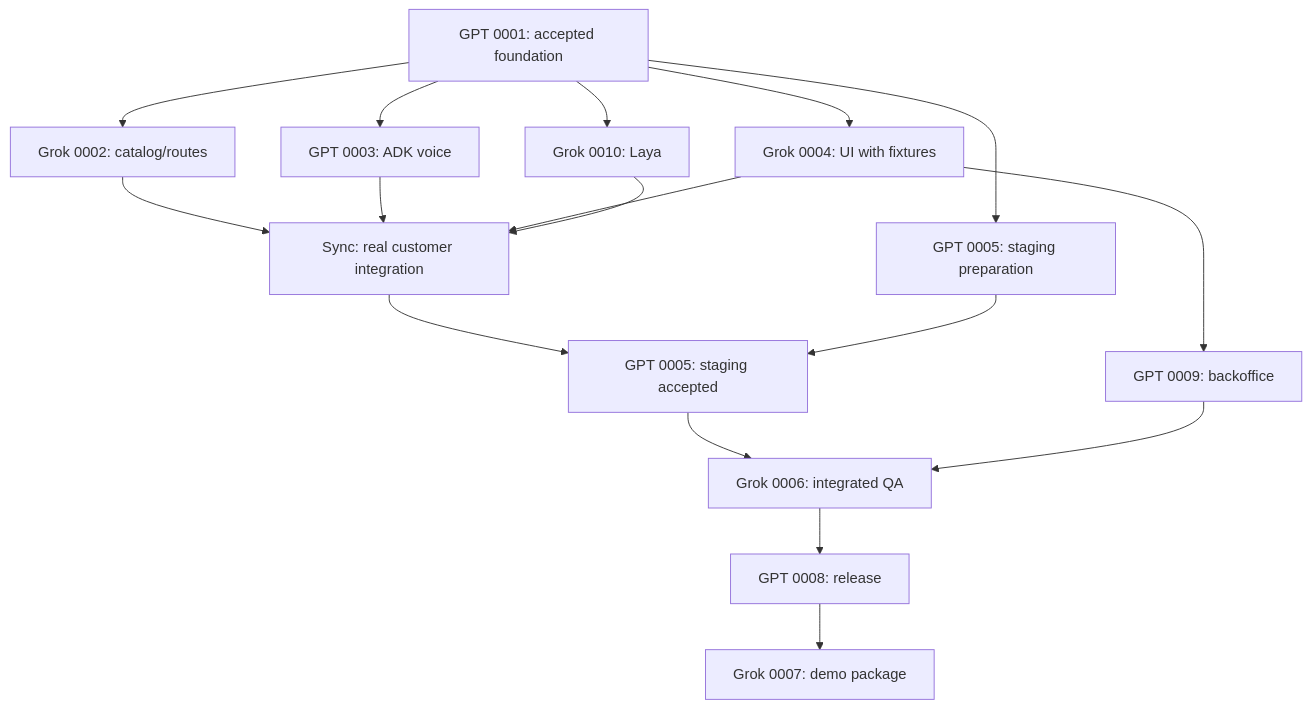
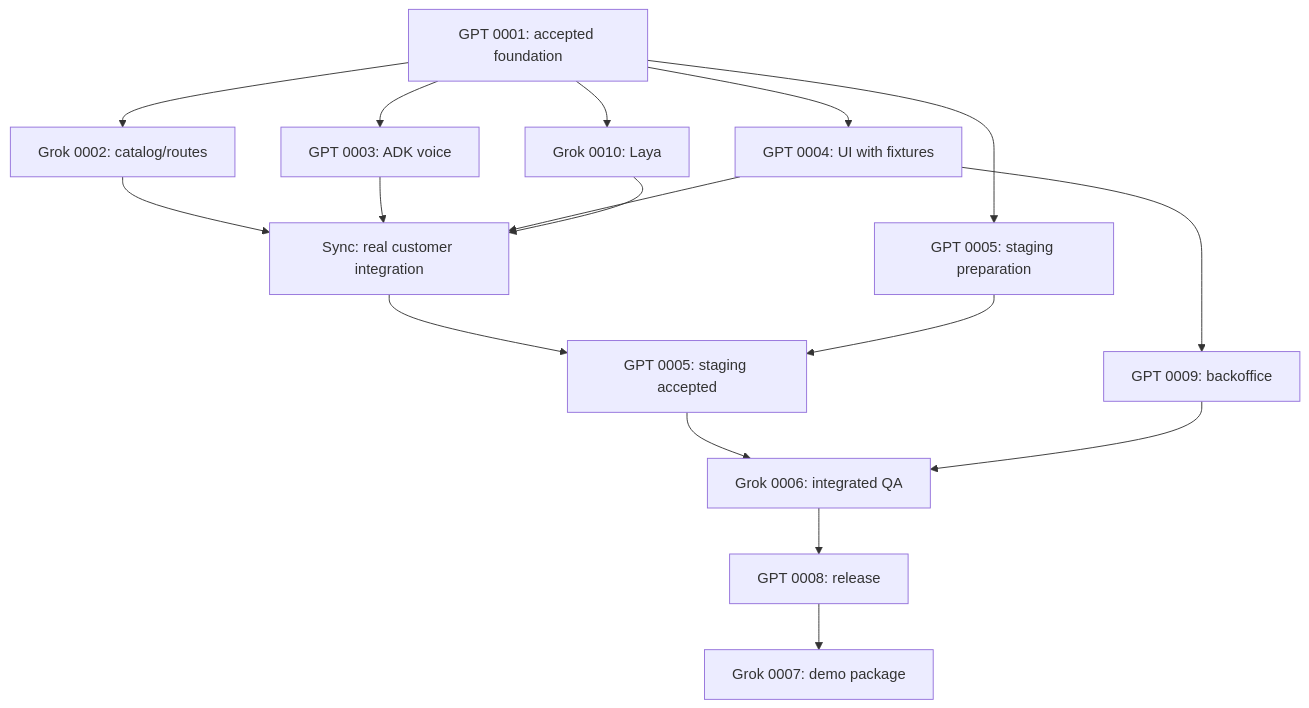
The diagram in docs/MODEL-ALLOCATION.md (apaichon/prompt-shop), drawn with Mermaid before and after one commit. The commit also changed other lines of this file and 47 other files, not shown here.

````diff
--- a/docs/MODEL-ALLOCATION.md
+++ b/docs/MODEL-ALLOCATION.md
@@ -79,19 +79,19 @@
 ```mermaid
 flowchart TD
     F["GPT 0001: accepted foundation"] --> C["Grok 0002: catalog/routes"]
     F --> V["GPT 0003: ADK voice"]
-    F --> U["Grok 0004: UI with fixtures"]
+    F --> U["GPT 0004: UI with fixtures"]
     F --> L["Grok 0010: Laya"]
     F --> P["GPT 0005: staging preparation"]
     C --> I["Sync: real customer integration"]
     V --> I
     U --> I
     L --> I
     I --> S["GPT 0005: staging accepted"]
     P --> S
     U --> B["GPT 0009: backoffice"]
     S --> Q["Grok 0006: integrated QA"]
     B --> Q
     Q --> R["GPT 0008: release"]
     R --> D["Grok 0007: demo package"]
 ```
````
